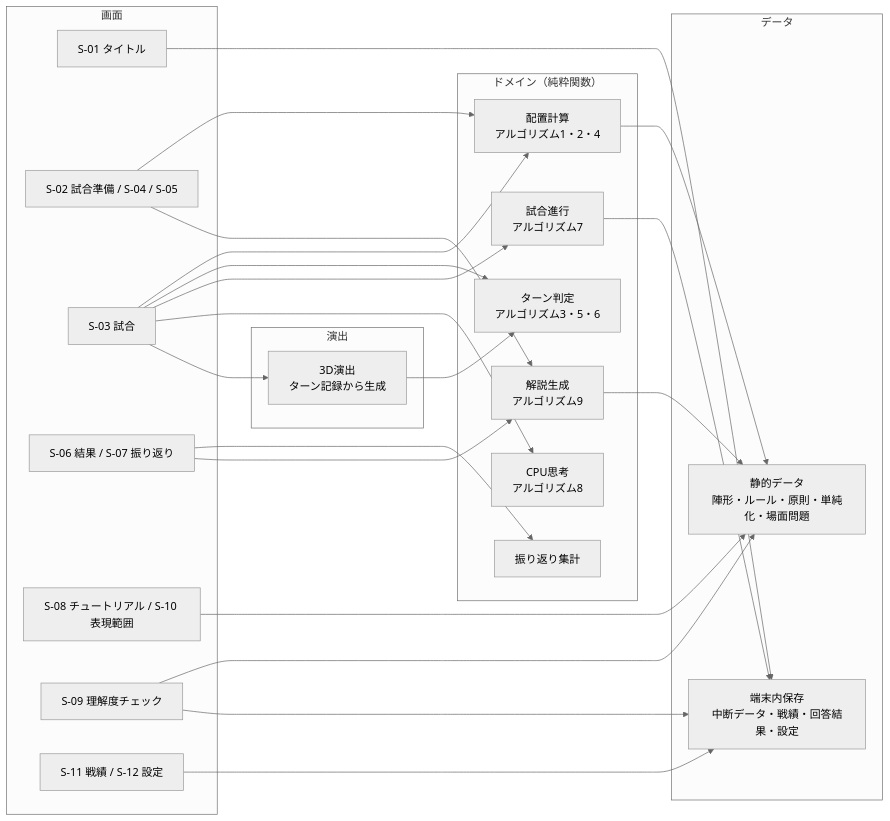
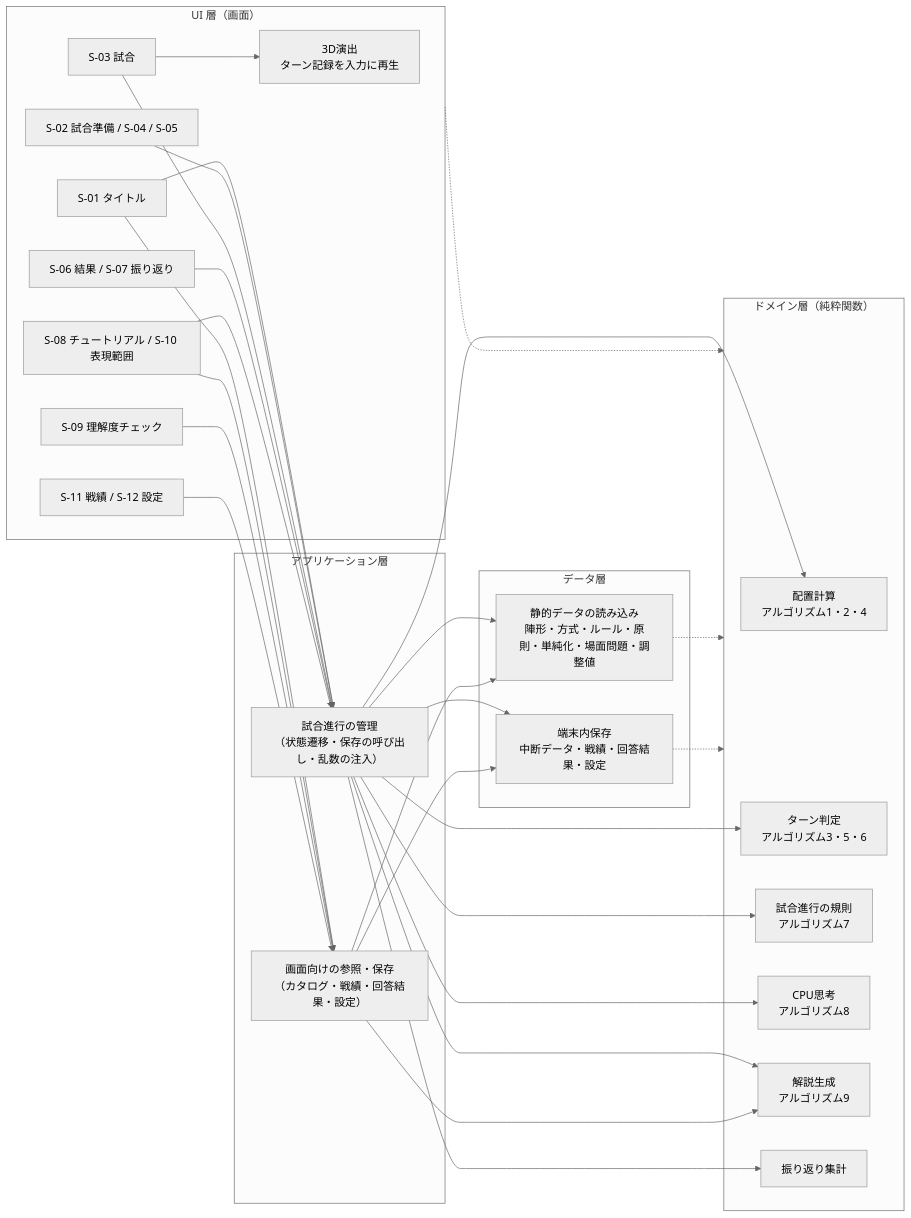
One commit to n-yata/soccer-sim changed the fourth of 4 diagrams in docs/specs/1_requirements/functional-overview.md. Above: the diagram before and after it, drawn with Mermaid (neutral theme). The commit also changed other lines of this file and 7 other files, not shown here.

````diff
--- a/docs/specs/1_requirements/functional-overview.md
+++ b/docs/specs/1_requirements/functional-overview.md
@@ -590,46 +618,54 @@
 ```mermaid
 flowchart LR
-    subgraph UI["画面"]
+    subgraph UI["UI 層（画面）"]
       S1["S-01 タイトル"]
       S2["S-02 試合準備 / S-04 / S-05"]
       S3["S-03 試合"]
+      V1["3D演出<br/>ターン記録を入力に再生"]
       S7["S-06 結果 / S-07 振り返り"]
       S8["S-08 チュートリアル / S-10 表現範囲"]
       S9["S-09 理解度チェック"]
       S11["S-11 戦績 / S-12 設定"]
     end
-    subgraph DOMAIN["ドメイン（純粋関数）"]
+    subgraph APP["アプリケーション層"]
+      A1["試合進行の管理<br/>（状態遷移・保存の呼び出し・乱数の注入）"]
+      A2["画面向けの参照・保存<br/>（カタログ・戦績・回答結果・設定）"]
+    end
+    subgraph DOMAIN["ドメイン層（純粋関数）"]
       D1["配置計算<br/>アルゴリズム1・2・4"]
       D2["ターン判定<br/>アルゴリズム3・5・6"]
-      D3["試合進行<br/>アルゴリズム7"]
+      D3["試合進行の規則<br/>アルゴリズム7"]
       D4["CPU思考<br/>アルゴリズム8"]
       D5["解説生成<br/>アルゴリズム9"]
       D6["振り返り集計"]
     end
-    subgraph PRES["演出"]
-      V1["3D演出<br/>ターン記録から生成"]
-    end
-    subgraph DATA["データ"]
-      P1["静的データ<br/>陣形・ルール・原則・単純化・場面問題"]
+    subgraph DATA["データ層"]
+      P1["静的データの読み込み<br/>陣形・方式・ルール・原則・単純化・場面問題・調整値"]
       P2["端末内保存<br/>中断データ・戦績・回答結果・設定"]
     end
 
-    S2 --> D1
-    S2 --> D5
-    S3 --> D1
-    S3 --> D2
-    S3 --> D3
-    S3 --> D4
+    S1 --> A1
+    S1 --> A2
+    S2 --> A1
+    S3 --> A1
     S3 --> V1
-    V1 --> D2
-    S7 --> D6
-    S7 --> D5
-    S8 --> P1
-    S9 --> P1
-    S9 --> P2
-    S11 --> P2
-    S1 --> P2
-    D3 --> P2
-    D1 --> P1
-    D5 --> P1
+    S7 --> A1
+    S8 --> A1
+    S8 --> A2
+    S9 --> A2
+    S11 --> A2
+    A1 --> D1
+    A1 --> D2
+    A1 --> D3
+    A1 --> D4
+    A1 --> D5
+    A1 --> D6
+    A1 --> P1
+    A1 --> P2
+    A2 --> D5
+    A2 --> P1
+    A2 --> P2
+    UI -.-> DOMAIN
+    P1 -.-> DOMAIN
+    P2 -.-> DOMAIN
 ```
````
